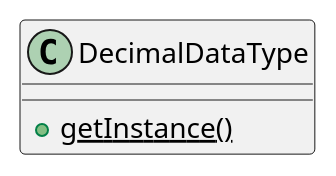
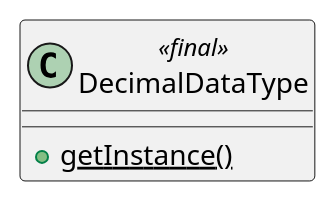
Before and after one commit to binaire10/Traducteur-Algo: the diagram in type/DecimalDataType.iuml, drawn with PlantUML. The commit also changed 5 other files, not shown here.

Commit message:
update uml

```diff
--- a/type/DecimalDataType.iuml
+++ b/type/DecimalDataType.iuml
@@ -1,3 +1,3 @@
-class DecimalDataType {
+class DecimalDataType<<final>> {
     {static} + getInstance()
 }
```
